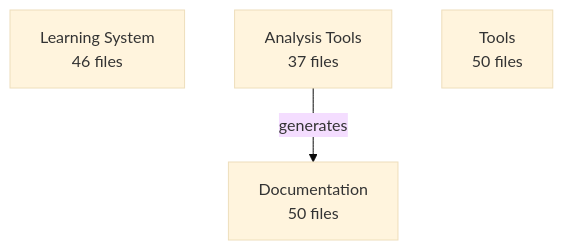
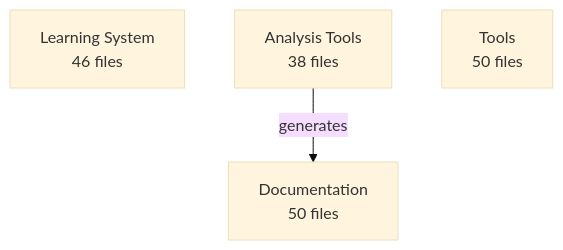
The diagram in docs/data/architecture/architecture.mmd (enufacas/Chained), drawn with Mermaid (base theme) before and after one commit. The commit also changed 6 other files, not shown here.

First line of the commit message:
🏗️ Update architecture evolution tracking

```diff
--- a/docs/data/architecture/architecture.mmd
+++ b/docs/data/architecture/architecture.mmd
@@ -1,6 +1,6 @@
 graph TD
     learning_system[Learning System<br/>46 files]
-    analysis_tools[Analysis Tools<br/>37 files]
+    analysis_tools[Analysis Tools<br/>38 files]
     documentation[Documentation<br/>50 files]
     tools[Tools<br/>50 files]
     analysis_tools -->|generates| documentation
```
